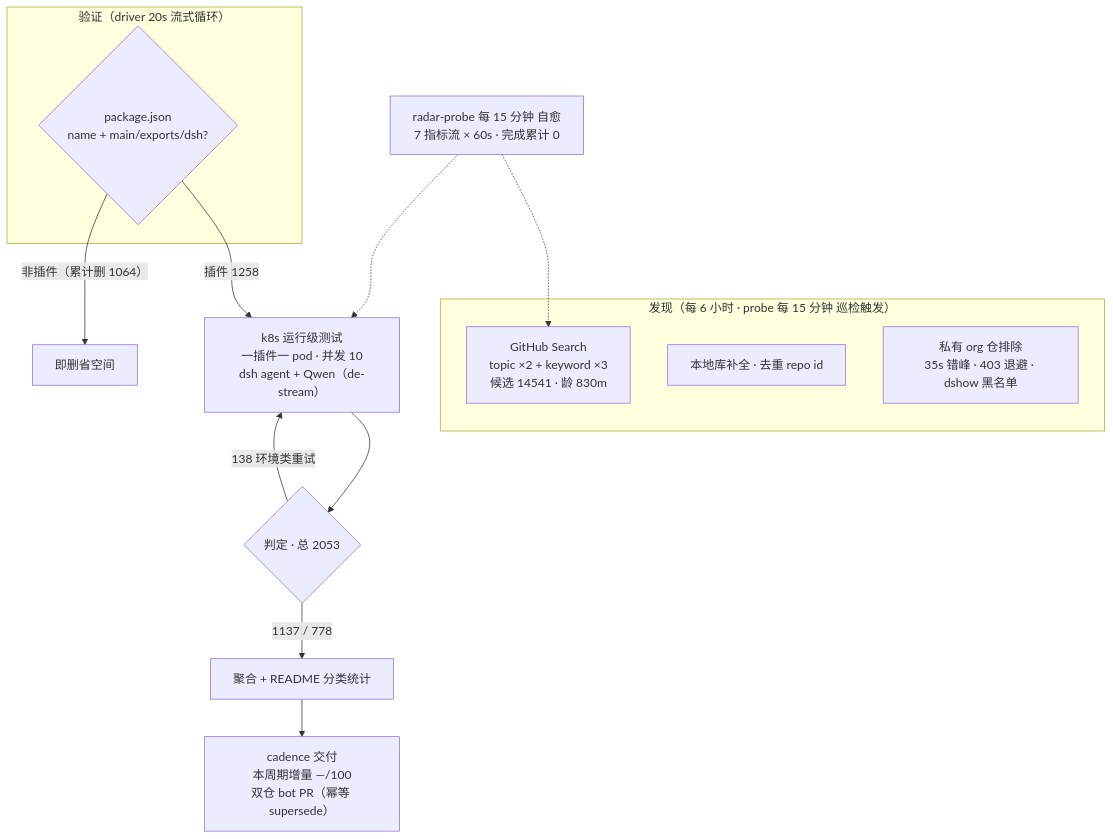
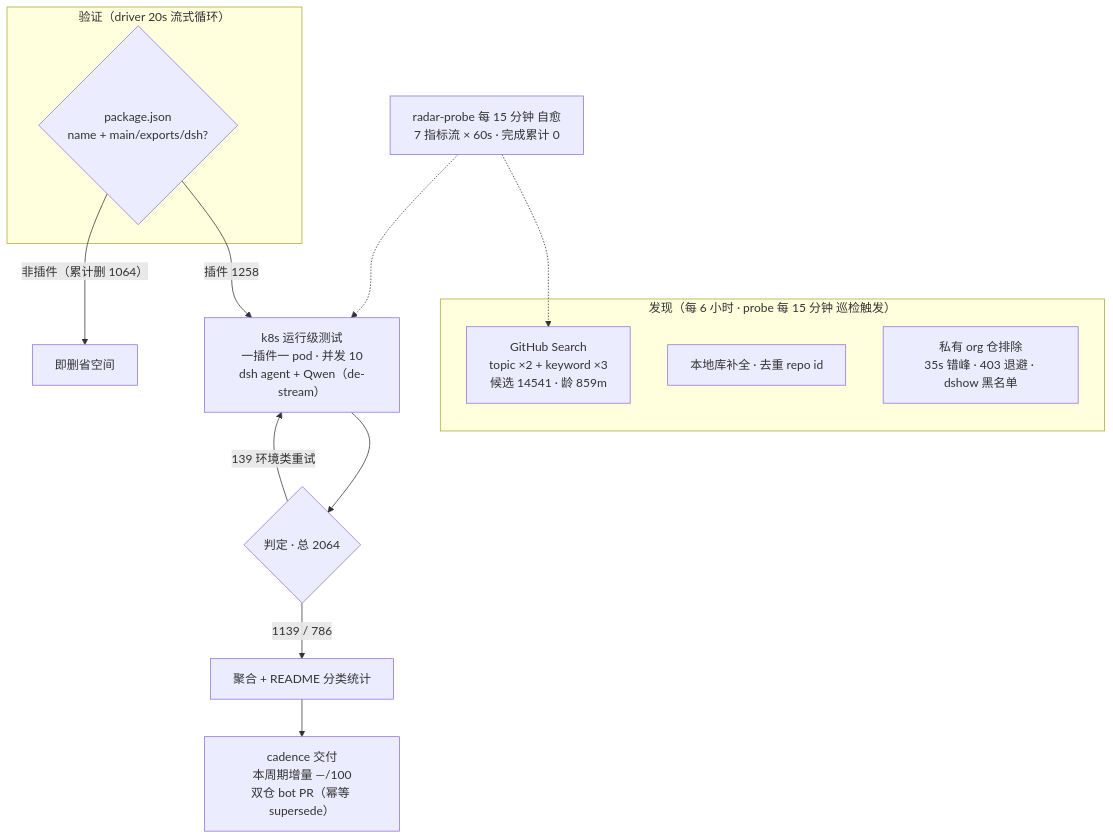
The diagram in README.md (Zhidao-Lab-OSS/awesome-dsh-plugins), drawn with Mermaid before and after one commit. The commit also changed other lines of this file and 1 other file, not shown here.

````diff
--- a/README.md
+++ b/README.md
@@ -37,20 +37,20 @@
 ```mermaid
 flowchart TB
     subgraph Discovery["发现（每 6 小时 · probe 每 15 分钟 巡检触发）"]
-        A1["GitHub Search<br/>topic ×2 + keyword ×3<br/>候选 14541 · 龄 830m"]
+        A1["GitHub Search<br/>topic ×2 + keyword ×3<br/>候选 14541 · 龄 859m"]
         A2["本地库补全 · 去重 repo id"]
         A3["私有 org 仓排除<br/>35s 错峰 · 403 退避 · dshow 黑名单"]
     end
     subgraph Validation["验证（driver 20s 流式循环）"]
         B1{"package.json<br/>name + main/exports/dsh?"}
     end
     B1 -->|"插件 1258"| C1["k8s 运行级测试<br/>一插件一 pod · 并发 10<br/>dsh agent + Qwen（de-stream）"]
     B1 -->|"非插件（累计删 1064）"| B3["即删省空间"]
-    C1 --> D1{"判定 · 总 2053"}
-    D1 -->|"1137 / 778"| E1["聚合 + README 分类统计"]
-    D1 -->|"138 环境类重试"| C1
+    C1 --> D1{"判定 · 总 2064"}
+    D1 -->|"1139 / 786"| E1["聚合 + README 分类统计"]
+    D1 -->|"139 环境类重试"| C1
     E1 --> E2["cadence 交付<br/>本周期增量 —/100<br/>双仓 bot PR（幂等 supersede）"]
     M["radar-probe 每 15 分钟 自愈<br/>7 指标流 × 60s · 完成累计 0"]
     M -.-> A1
     M -.-> C1
 ```
````
